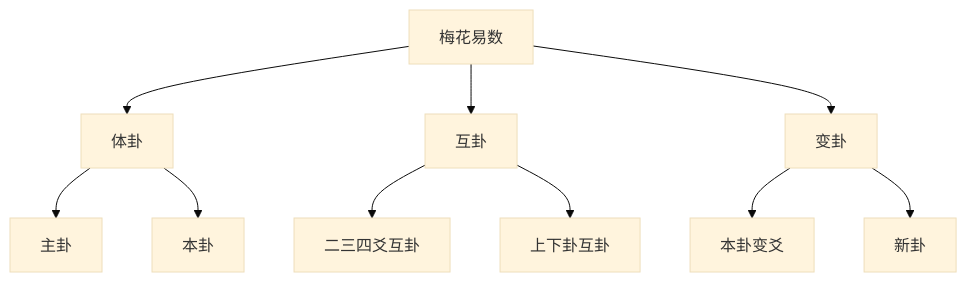
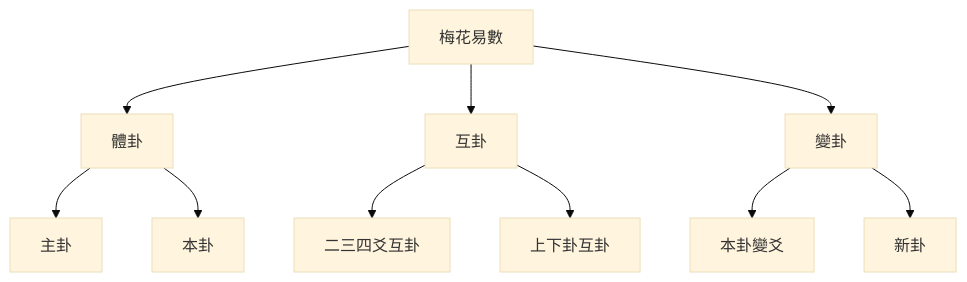
The first of 13 diagrams in 3 Resources/04-Interests/易学/03-占卜方法/梅花易数入门.md (kmjade/knowledge-value), drawn with Mermaid (base theme) before and after one commit. The commit also changed other lines of this file and 49 other files, not shown here.

````diff
--- a/3 Resources/04-Interests/易学/03-占卜方法/梅花易数入门.md
+++ b/3 Resources/04-Interests/易学/03-占卜方法/梅花易数入门.md
@@ -36,15 +36,15 @@
 ```mermaid
 graph TB
-    A[梅花易数] --> B[体卦]
+    A[梅花易數] --> B[體卦]
     A --> C[互卦]
-    A --> D[变卦]
+    A --> D[變卦]
     
     B --> B1[主卦]
     B --> B2[本卦]
     
     C --> C1[二三四爻互卦]
     C --> C2[上下卦互卦]
     
-    D --> D1[本卦变爻]
+    D --> D1[本卦變爻]
     D --> D2[新卦]
 ```
````
